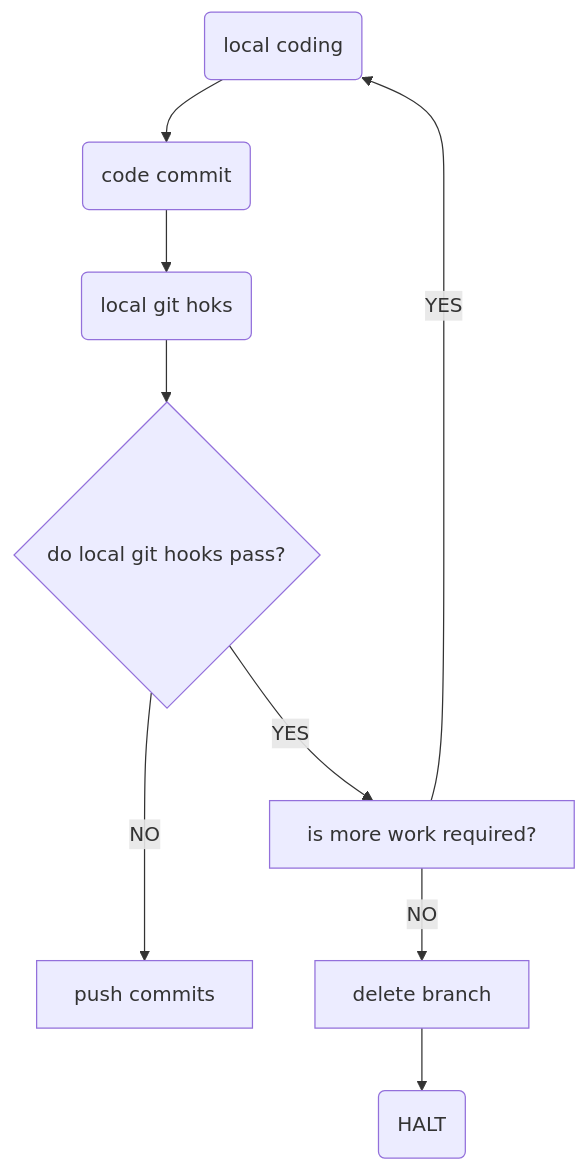
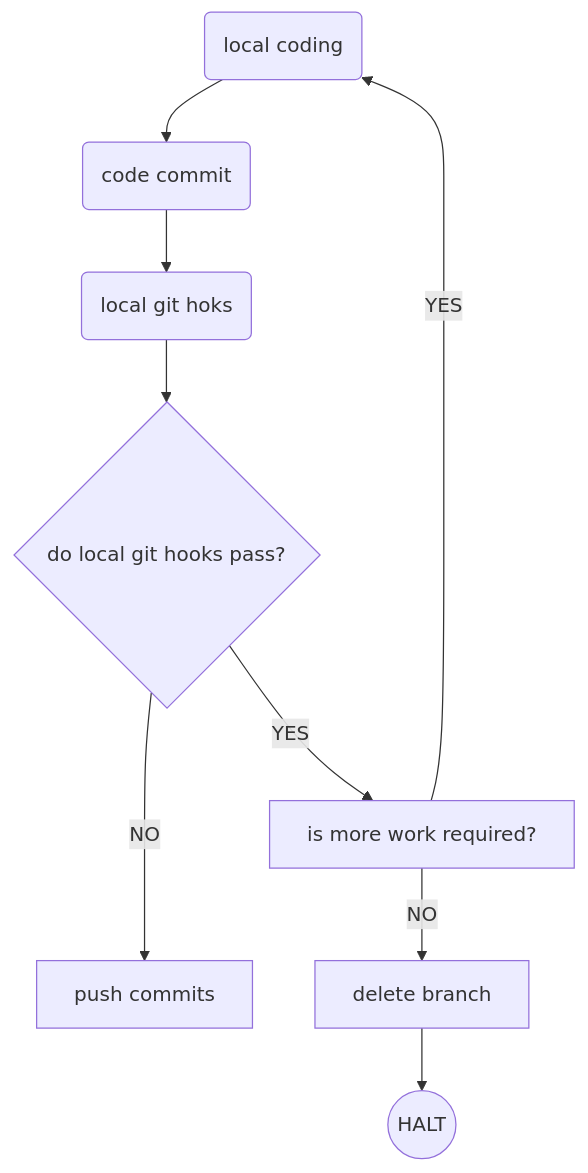
Before and after one commit to jhriv/kubernetes-deployment-flowchart: the diagram in README.md, drawn with Mermaid.

Commit message:
Convert to circle

````diff
--- a/README.md
+++ b/README.md
@@ -5,11 +5,11 @@
 ```mermaid
 flowchart TD
   LC(local coding) --> CC(code commit)
   CC --> LGH(local git hoks)
   LGH --> GHP{do local git hooks pass?}
   GHP --> |YES| MWR[is more work required?]
   GHP ---> |NO| PC[push commits]
   MWR --> |YES| LC
   MWR --> |NO| DB[delete branch]
-  DB --> H(HALT)
+  DB --> H((HALT))
 ```
````
